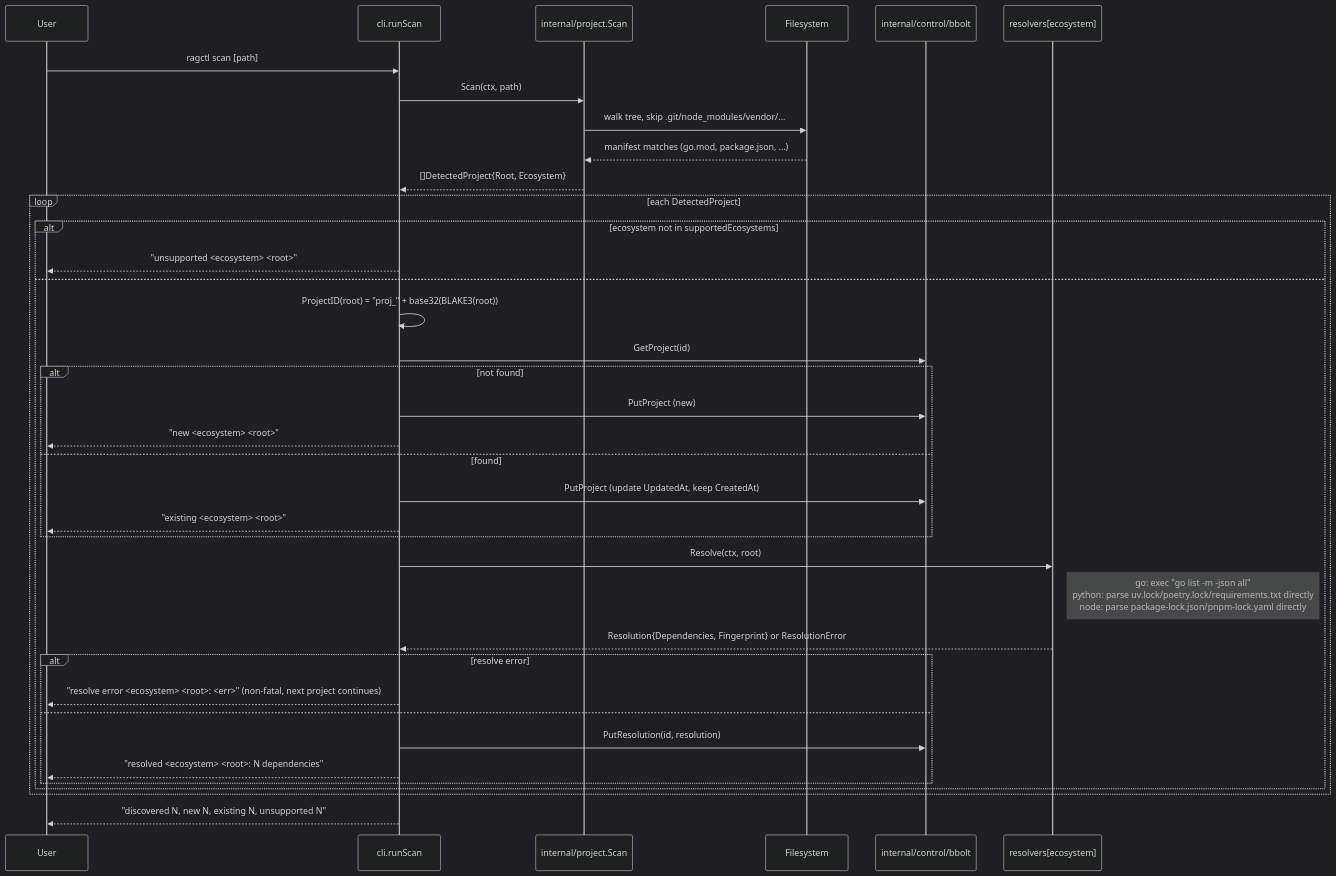
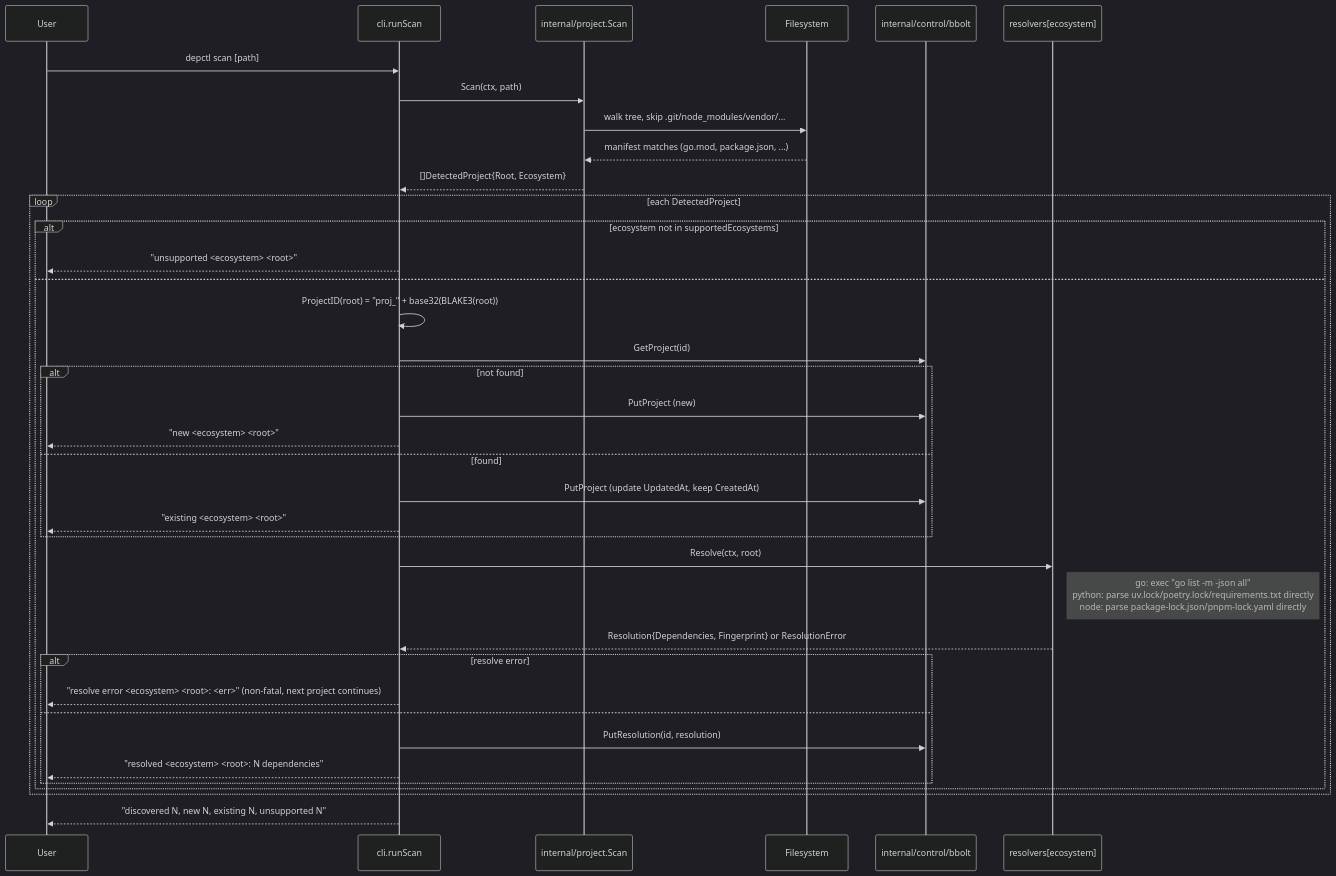
Before and after one commit to aleutian-ai/depctl: the fifth of 16 diagrams in docs/architecture.md, drawn with Mermaid (dark theme). The commit also changed other lines of this file and 588 other files, not shown here.

Commit message:
Rename ragctl to depctl: binary, module github.com/aleutian-ai/depctl, paths, env vars, metrics, MCP name, docs

````diff
--- a/docs/architecture.md
+++ b/docs/architecture.md
@@ -226,42 +226,42 @@
 ```mermaid
 sequenceDiagram
     participant User
     participant CLI as cli.runScan
     participant Scanner as internal/project.Scan
     participant FS as Filesystem
     participant Store as internal/control/bbolt
     participant Resolver as resolvers[ecosystem]
 
-    User->>CLI: ragctl scan [path]
+    User->>CLI: depctl scan [path]
     CLI->>Scanner: Scan(ctx, path)
     Scanner->>FS: walk tree, skip .git/node_modules/vendor/...
     FS-->>Scanner: manifest matches (go.mod, package.json, ...)
     Scanner-->>CLI: []DetectedProject{Root, Ecosystem}
 
     loop each DetectedProject
         alt ecosystem not in supportedEcosystems
             CLI-->>User: "unsupported <ecosystem> <root>"
         else
             CLI->>CLI: ProjectID(root) = "proj_" + base32(BLAKE3(root))
             CLI->>Store: GetProject(id)
             alt not found
                 CLI->>Store: PutProject (new)
                 CLI-->>User: "new <ecosystem> <root>"
             else found
                 CLI->>Store: PutProject (update UpdatedAt, keep CreatedAt)
                 CLI-->>User: "existing <ecosystem> <root>"
             end
             CLI->>Resolver: Resolve(ctx, root)
             Note right of Resolver: go: exec "go list -m -json all"<br/>python: parse uv.lock/poetry.lock/requirements.txt directly<br/>node: parse package-lock.json/pnpm-lock.yaml directly
             Resolver-->>CLI: Resolution{Dependencies, Fingerprint} or ResolutionError
             alt resolve error
                 CLI-->>User: "resolve error <ecosystem> <root>: <err>" (non-fatal, next project continues)
             else
                 CLI->>Store: PutResolution(id, resolution)
                 CLI-->>User: "resolved <ecosystem> <root>: N dependencies"
             end
         end
     end
 
     CLI-->>User: "discovered N, new N, existing N, unsupported N"
 ```
````
